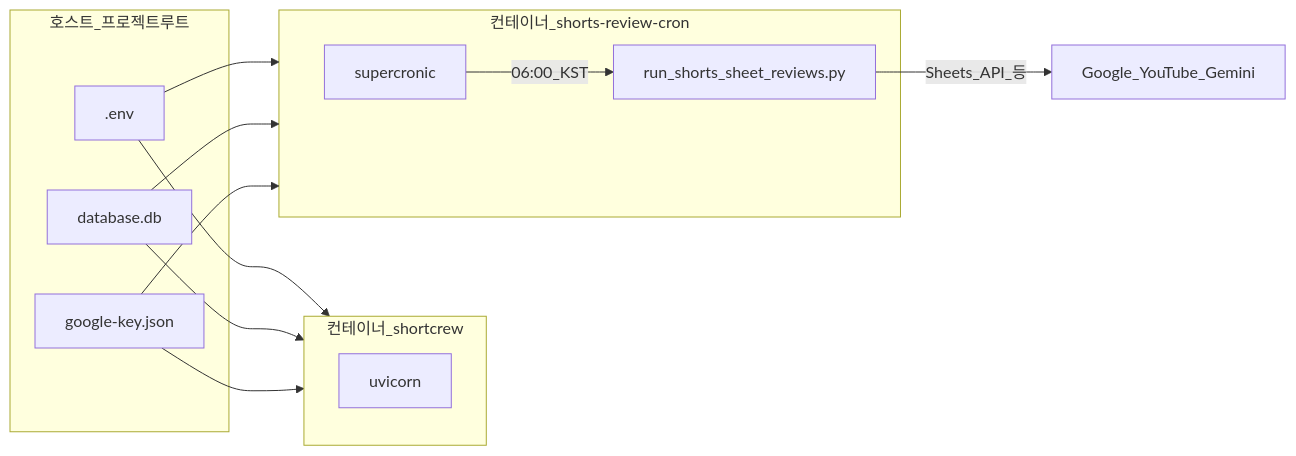
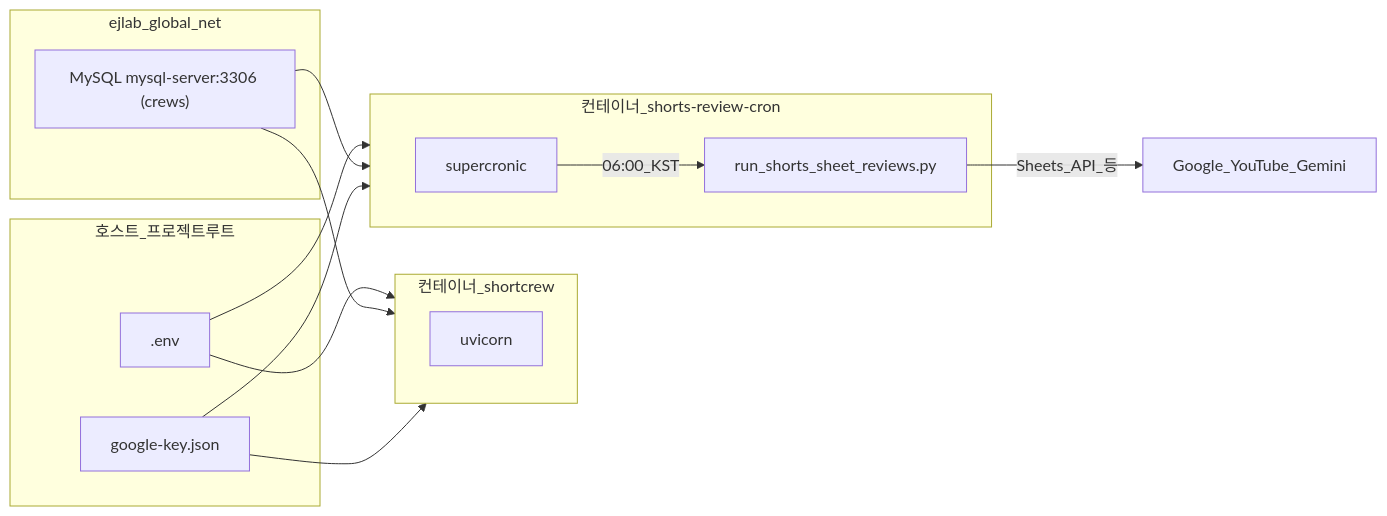
One commit to sswik/shortcrew changed the diagram in 06.운영가이드/07_쇼츠자동화진단교정.md. Above: the diagram before and after it, drawn with Mermaid. The commit also changed other lines of this file and 19 other files, not shown here.

First line of the commit message:
chore(db): SQLite 잔재 제거 — 운영은 MySQL(crews) 단일화

````diff
--- a/06.운영가이드/07_쇼츠자동화진단교정.md
+++ b/06.운영가이드/07_쇼츠자동화진단교정.md
@@ -227,23 +229,25 @@
 ```mermaid
 flowchart LR
   subgraph host [호스트_프로젝트루트]
     env[".env"]
-    db["database.db"]
     gkey["google-key.json"]
+  end
+  subgraph dbnet [ejlab_global_net]
+    db["MySQL mysql-server:3306 (crews)"]
   end
   subgraph web [컨테이너_shortcrew]
     uv["uvicorn"]
   end
   subgraph cron [컨테이너_shorts-review-cron]
     sc["supercronic"]
     py["run_shorts_sheet_reviews.py"]
     sc -->|"06:00_KST"| py
   end
   env --> web
   env --> cron
   db --> web
   db --> cron
   gkey --> web
   gkey --> cron
   py -->|"Sheets_API_등"| ext["Google_YouTube_Gemini"]
 ```
````
